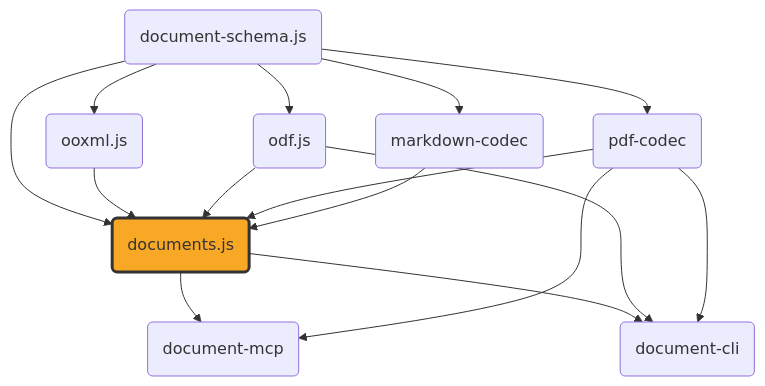
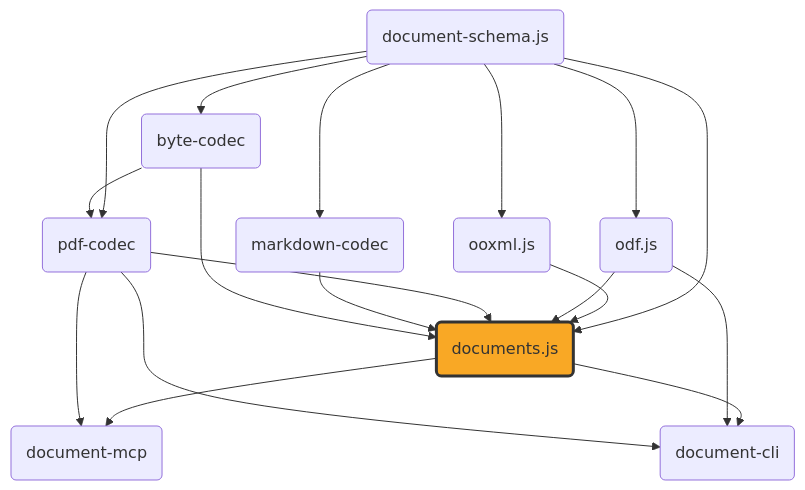
Before and after one commit to ExaDev/documents.js: the diagram in packages/documents.js/README.md, drawn with Mermaid. The commit also changed other lines of this file, not shown here.

First line of the commit message:
docs: correct README for the port-lift, byte-codec, and cross-variant bridges

````diff
--- a/packages/documents.js/README.md
+++ b/packages/documents.js/README.md
@@ -9,37 +9,42 @@
 ```mermaid
 graph TD
     schema("document-schema.js")
     ooxml("ooxml.js")
     odf("odf.js")
     pdfcodec("pdf-codec")
     mdcodec("markdown-codec")
+    bytecodec("byte-codec")
     documents("documents.js")
     mcp("document-mcp")
     cli("document-cli")
 
     schema --> ooxml
     schema --> odf
     schema --> pdfcodec
     schema --> mdcodec
     schema --> documents
+    schema --> bytecodec
     ooxml --> documents
     odf --> documents
     pdfcodec --> documents
     mdcodec --> documents
+    bytecodec --> pdfcodec
+    bytecodec --> documents
     documents --> mcp
     pdfcodec --> mcp
     documents --> cli
     odf --> cli
     pdfcodec --> cli
 
     click schema "https://github.com/ExaDev/document-schema.js" "document-schema.js"
     click ooxml "https://github.com/ExaDev/ooxml.js" "ooxml.js"
     click odf "https://github.com/ExaDev/odf.js" "odf.js"
     click pdfcodec "https://github.com/ExaDev/pdf-codec" "pdf-codec"
     click mdcodec "https://github.com/ExaDev/markdown-codec" "markdown-codec"
+    click bytecodec "https://github.com/ExaDev/byte-codec" "byte-codec"
     click documents "https://github.com/ExaDev/documents.js" "documents.js"
     click mcp "https://github.com/ExaDev/document-mcp" "document-mcp"
     click cli "https://github.com/ExaDev/document-cli" "document-cli"
 
     style documents fill:#f9a825,stroke:#333,stroke-width:3px
 ```
````
